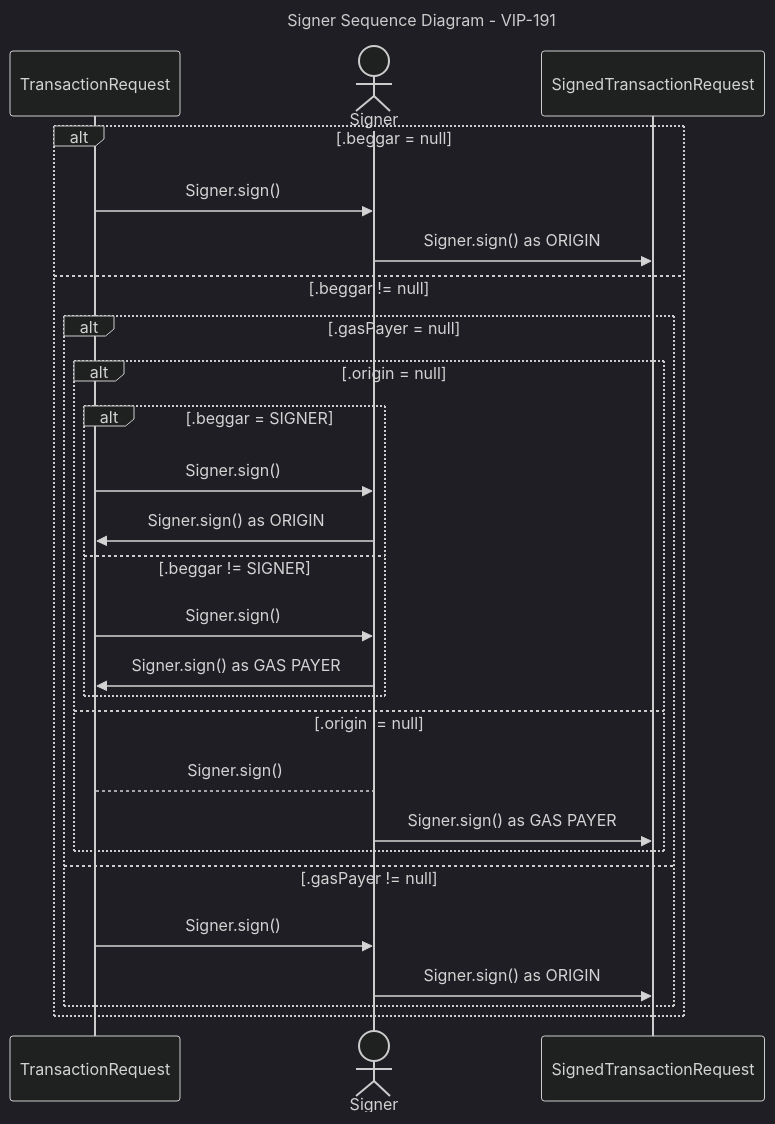
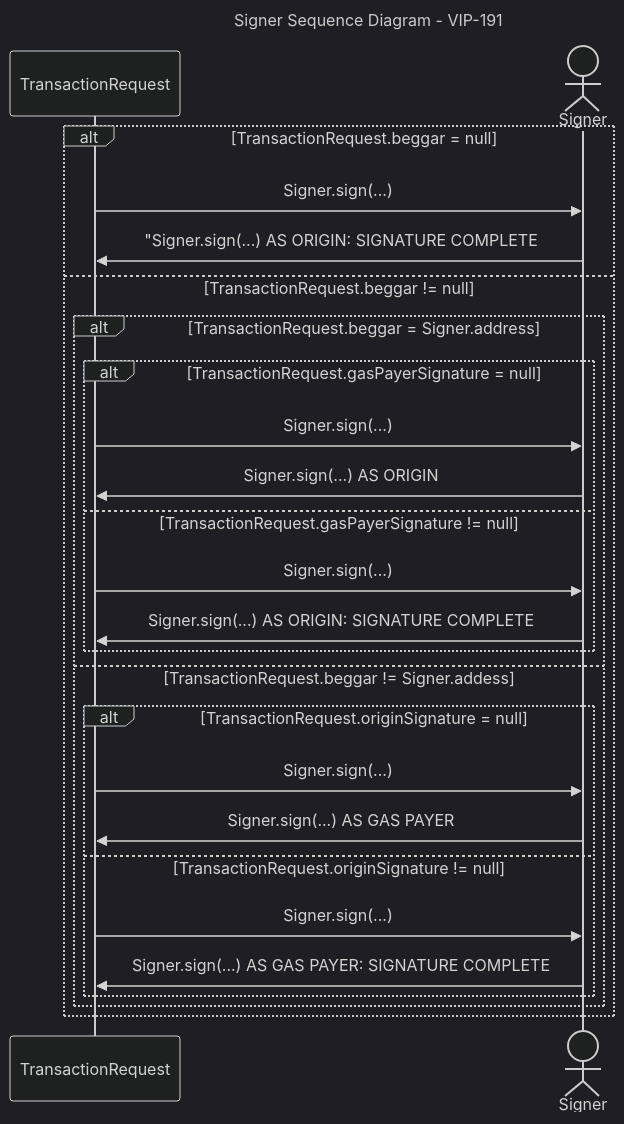
One commit to vechain/vechain-sdk-js changed the diagram in docs/thorest/thor/signer/signer_sequence.mmd. Above: the diagram before and after it, drawn with Mermaid (dark theme). The commit also changed other lines of this file and 4 other files, not shown here.

```diff
--- a/docs/thorest/thor/signer/signer_sequence.mmd
+++ b/docs/thorest/thor/signer/signer_sequence.mmd
@@ -1,48 +1,28 @@
 ---
 title: Signer Sequence Diagram - VIP-191
 ---
 sequenceDiagram
     participant TransactionRequest
     actor Signer
-    participant SignedTransactionRequest
-    alt .beggar = null
-        TransactionRequest ->> Signer: Signer.sign()
-        Signer ->> SignedTransactionRequest: Signer.sign() as ORIGIN
-    else .beggar != null
-        alt .gasPayer = null
-            alt .origin = null
-              alt .beggar = SIGNER
-                TransactionRequest ->> Signer: Signer.sign()
-                Signer ->> TransactionRequest: Signer.sign() as ORIGIN
-              else .beggar != SIGNER
-                TransactionRequest ->> Signer: Signer.sign()
-                Signer ->>TransactionRequest: Signer.sign() as GAS PAYER
-              end
-            else .origin != null
-                TransactionRequest --> Signer: Signer.sign()
-                Signer ->> SignedTransactionRequest: Signer.sign() as GAS PAYER
+    alt TransactionRequest.beggar = null
+        TransactionRequest ->> Signer: Signer.sign(...)
+        Signer ->> TransactionRequest: "Signer.sign(...) AS ORIGIN: SIGNATURE COMPLETE
+    else TransactionRequest.beggar != null
+        alt TransactionRequest.beggar = Signer.address
+            alt TransactionRequest.gasPayerSignature = null
+                TransactionRequest ->> Signer: Signer.sign(...)
+                Signer ->> TransactionRequest: Signer.sign(...) AS ORIGIN
+            else TransactionRequest.gasPayerSignature != null
+                TransactionRequest ->> Signer: Signer.sign(...)
+                Signer ->> TransactionRequest: Signer.sign(...) AS ORIGIN: SIGNATURE COMPLETE
             end
-        else .gasPayer != null
-            TransactionRequest ->> Signer: Signer.sign()
-            Signer ->> SignedTransactionRequest: Signer.sign() as ORIGIN
+        else TransactionRequest.beggar != Signer.addess
+            alt TransactionRequest.originSignature = null
+                TransactionRequest ->> Signer: Signer.sign(...)
+                Signer ->> TransactionRequest: Signer.sign(...) AS GAS PAYER
+            else TransactionRequest.originSignature != null
+                TransactionRequest ->> Signer: Signer.sign(...)
+                Signer ->> TransactionRequest: Signer.sign(...) AS GAS PAYER: SIGNATURE COMPLETE
+            end
         end
     end
-%%    alt <TransactionRequest>.isIntendedToBeSponsored = false
-%%        TransactionRequest ->> Signer: <Signer>.sign(TransactionRequest request)
-%%        Signer ->> Signer: Sign as origin. Set <TransactionRequest>{.origin, .originSignature, .signature}
-%%        Signer ->> SignedTransactionRequest: SignedTransactionRequest <Signer>.sign(TransactionRequest request)
-%%    else <TransactionRequest>.isIntendedToBeSponsord = true
-%%        TransactionRequest ->> Signer: <Signer>.sign{TransactionRequest request)
-%%        alt <TransactionRequest>.origin = null
-%%            alt <TransactionRequest>.gasPayer = null
-%%                Signer ->> Signer: Sign as gas-payer. Set <TransactionRequest>{.gasPayer, .gasPayer}
-%%                Signer ->> TransactionRequest: TransactionRequest <Signer>.sign(TransactionRequest request)
-%%            else <TransactionRequest>.gasPayer != null
-%%                Signer ->> Signer: Sign as origin. Set <TransactionRequest>{.orgin, originSignature, .signature}
-%%                Signer ->> SignedTransactionRequest: SignedTransactionRequest <Signer>.sign(TransactionRequest request)
-%%            end
-%%        else <TransactionRequest>.origin != null
-%%            Signer ->> Signer: Sign as gas-payer: set {.gasPayer, .gasPayerSignature}
-%%            Signer ->> TransactionRequest: TransactionRequest <Signer>.sign(TransactionRequest request)
-%%        end
-%%    end
```
